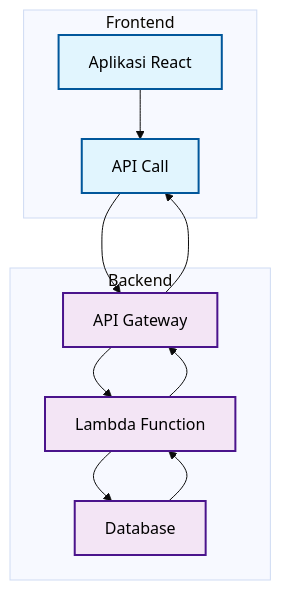
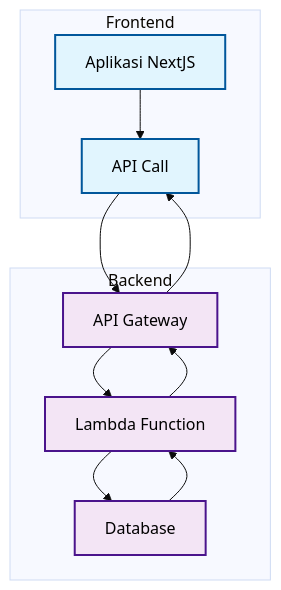
One commit to alsyauqi/docs changed the third of 4 diagrams in flowcharts.mdx. Above: the diagram before and after it, drawn with Mermaid (base theme). The commit also changed other lines of this file and 1 other file, not shown here.

````diff
--- a/flowcharts.mdx
+++ b/flowcharts.mdx
@@ -45,22 +36,22 @@
 ```mermaid
 flowchart TB
     classDef frontend fill:#e1f5fe,stroke:#01579b,stroke-width:2px, color:#000000
     classDef backend fill:#f3e5f5,stroke:#4a148c,stroke-width:2px, color:#000000
     
     subgraph "Frontend"
-        A[Aplikasi React] --> B[API Call]
+        A[Aplikasi NextJS] --> B[API Call]
     end
     
     subgraph "Backend"
         C[API Gateway] --> D[Lambda Function]
         D --> E[Database]
     end
     
     B --> C
     E --> D
     D --> C
     C --> B
     
     class A,B frontend
     class C,D,E backend
 ```
````
